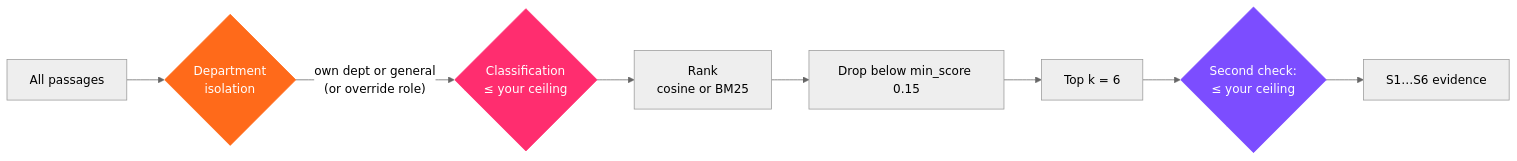
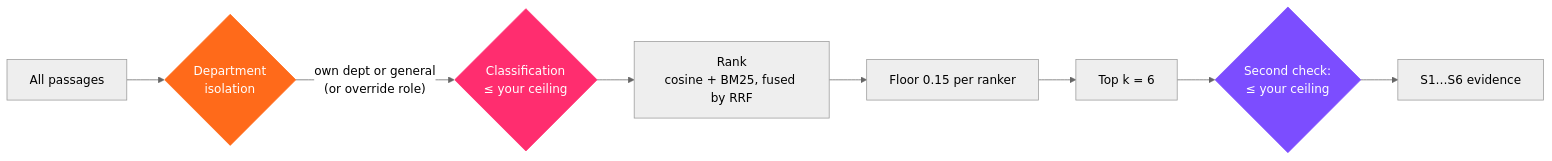
Before and after one commit to kartikeyajay2006/Sovereign-On_Premise-Agentic-AI-Workbench: the diagram in docs/handbook/06-knowledge-and-retrieval/04-retrieval-and-clearance.md, drawn with Mermaid (neutral theme). The commit also changed other lines of this file and 15 other files, not shown here.

````diff
--- a/docs/handbook/06-knowledge-and-retrieval/04-retrieval-and-clearance.md
+++ b/docs/handbook/06-knowledge-and-retrieval/04-retrieval-and-clearance.md
@@ -20,13 +20,13 @@
 ```mermaid
 flowchart LR
     A[All passages] --> D{Department<br/>isolation}
     D -- "own dept or general<br/>(or override role)" --> C{Classification<br/>≤ your ceiling}
-    C --> R[Rank<br/>cosine or BM25]
-    R --> F[Drop below min_score 0.15]
+    C --> R[Rank<br/>cosine + BM25, fused by RRF]
+    R --> F[Floor 0.15 per ranker]
     F --> K[Top k = 6]
     K --> X{Second check:<br/>≤ your ceiling}
     X --> E[S1…S6 evidence]
     style D fill:#ff6a1a,color:#fff,stroke:#ff6a1a
     style C fill:#ff2d6f,color:#fff,stroke:#ff2d6f
     style X fill:#7c4dff,color:#fff,stroke:#7c4dff
 ```
````
